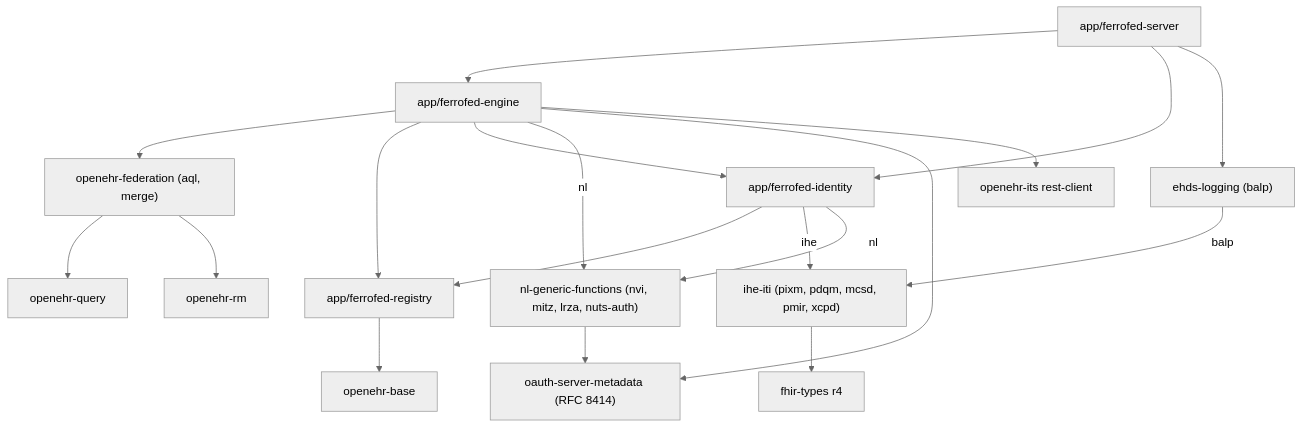
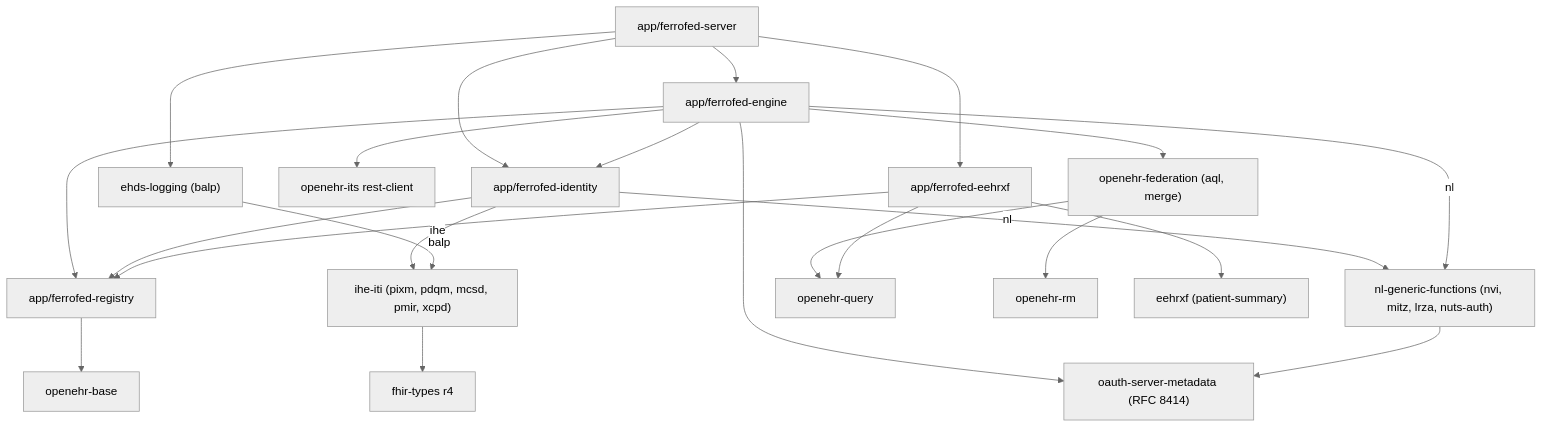
One commit to FerroHEALTH/FerroFED changed the fifth of 5 diagrams in docs/architecture.md. Above: the diagram before and after it, drawn with Mermaid (neutral theme). The commit also changed other lines of this file and 47 other files, not shown here.

First line of the commit message:
feat: the stored section queries of the patient summary, read-only under a reserved name (#776) (#790)

````diff
--- a/docs/architecture.md
+++ b/docs/architecture.md
@@ -2241,21 +2248,25 @@
 ```mermaid
 flowchart TD
     server["app/ferrofed-server"] --> engine["app/ferrofed-engine"]
     server --> identity["app/ferrofed-identity"]
     engine --> federation["openehr-federation (aql, merge)"]
     engine --> registry["app/ferrofed-registry"]
     engine --> identity
     identity --> registry
     identity -- ihe --> iti["ihe-iti (pixm, pdqm, mcsd, pmir, xcpd)"]
     identity -- nl --> nlgf["nl-generic-functions (nvi, mitz, lrza, nuts-auth)"]
     engine -- nl --> nlgf
     engine --> metadata["oauth-server-metadata (RFC 8414)"]
     nlgf --> metadata
     engine --> its["openehr-its rest-client"]
     federation --> query["openehr-query"]
     federation --> rm["openehr-rm"]
     registry --> base["openehr-base"]
     iti --> fhir["fhir-types r4"]
     server --> logging["ehds-logging (balp)"]
     logging -- balp --> iti
+    server --> glue["app/ferrofed-eehrxf"]
+    glue --> eehrxf["eehrxf (patient-summary)"]
+    glue --> registry
+    glue --> query
 ```
````
